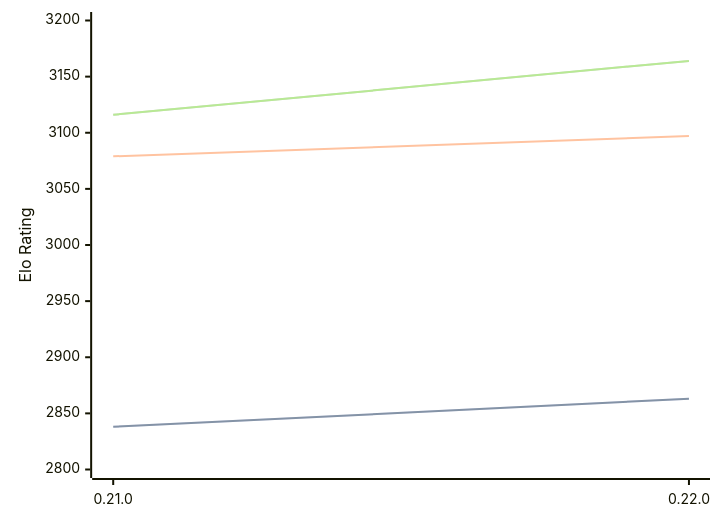
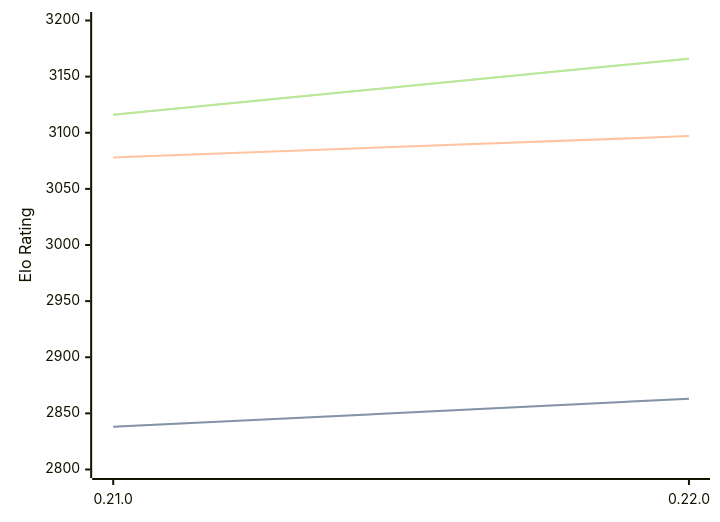
Before and after one commit to computer-chess-index/cci: the diagram in engines/Princhess.md, drawn with Mermaid. The commit also changed other lines of this file, not shown here.

Commit message:
Update CCI Ratings (ELO VLTC) - 2026-09-11

````diff
--- a/engines/Princhess.md
+++ b/engines/Princhess.md
@@ -32,11 +32,11 @@
 ```mermaid
 %%{init: {"theme":"base","themeVariables":{"seriesColors:['#a3a3a3','#222221','#faa371']}}}%%
 xychart-beta
   x-axis ["0.21.0", "0.22.0"]
   y-axis "Elo Rating" 2800 --> 3200
   line "" [2838, 2863]
   line "STC (8.0+0.08s)" [2838, 2863]
-  line "LTC (60.0+0.60s)" [3079, 3097]
-  line "" [3116, 3164]
-  line "VLTC (2m24s+1.12s)" [3116, 3164]
+  line "LTC (60.0+0.60s)" [3078, 3097]
+  line "" [3116, 3166]
+  line "VLTC (2m24s+1.12s)" [3116, 3166]
 ```
````
